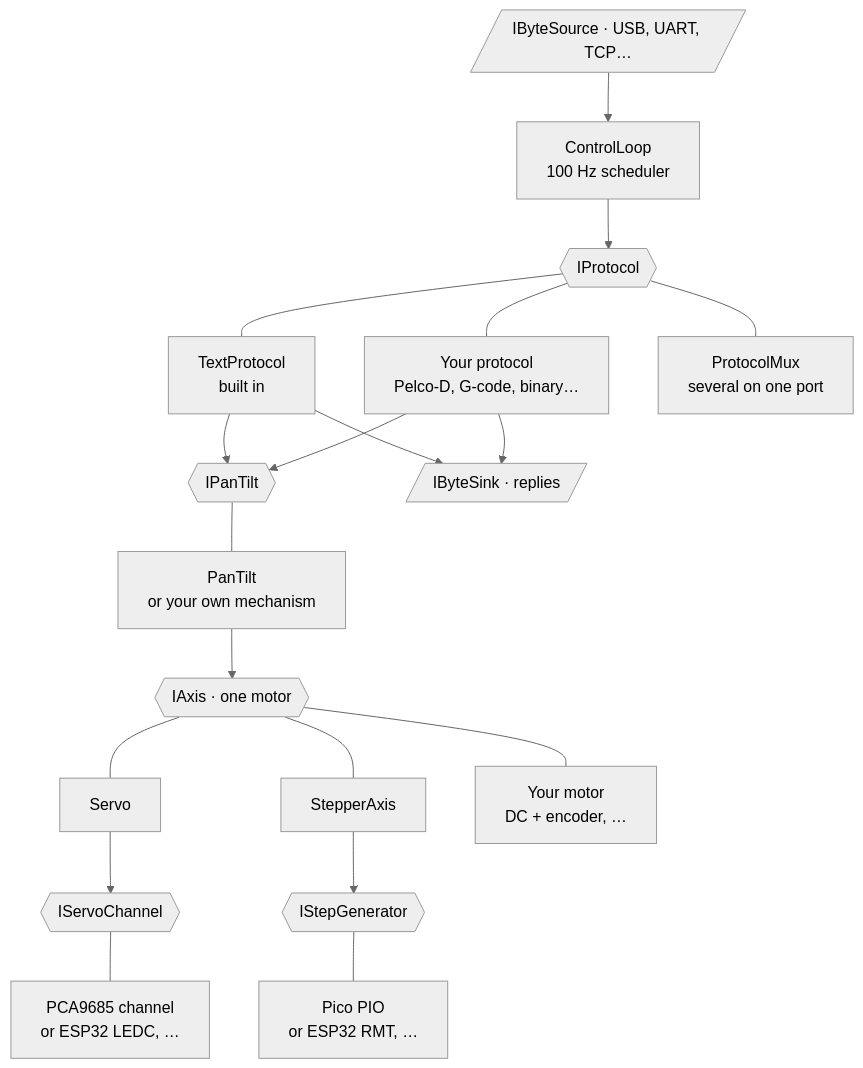
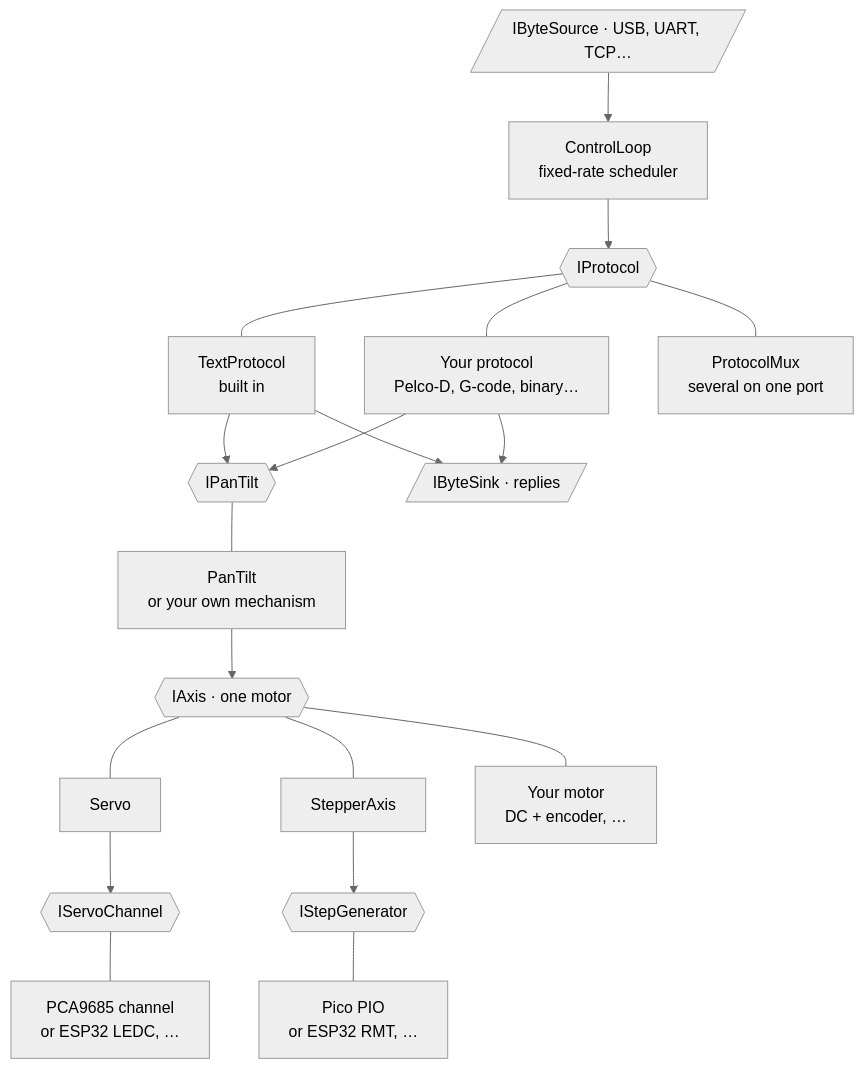
The fifth of 5 diagrams in README.md (Mrunmoy/owlet), drawn with Mermaid (neutral theme) before and after one commit. The commit also changed other lines of this file and 81 other files, not shown here.

````diff
--- a/README.md
+++ b/README.md
@@ -560,18 +572,18 @@
 ```mermaid
 flowchart TB
-    LOOP["ControlLoop<br/>100 Hz scheduler"]
+    LOOP["ControlLoop<br/>fixed-rate scheduler"]
     SRC[/"IByteSource · USB, UART, TCP…"/] --> LOOP
     LOOP --> PROTO{{"IProtocol"}}
     PROTO --- TEXT["TextProtocol<br/>built in"]
     PROTO --- MINE["Your protocol<br/>Pelco-D, G-code, binary…"]
     PROTO --- MUX["ProtocolMux<br/>several on one port"]
     TEXT & MINE --> HEAD{{"IPanTilt"}}
     TEXT & MINE --> SINK[/"IByteSink · replies"/]
     HEAD --- PT["PanTilt<br/>or your own mechanism"]
     PT --> AXIS{{"IAxis · one motor"}}
     AXIS --- SERVO["Servo"] --> CH{{"IServoChannel"}}
     CH --- PCA["PCA9685 channel<br/>or ESP32 LEDC, …"]
     AXIS --- STEP["StepperAxis"] --> GEN{{"IStepGenerator"}}
     GEN --- PIO["Pico PIO<br/>or ESP32 RMT, …"]
     AXIS --- OTHER["Your motor<br/>DC + encoder, …"]
 ```
````
